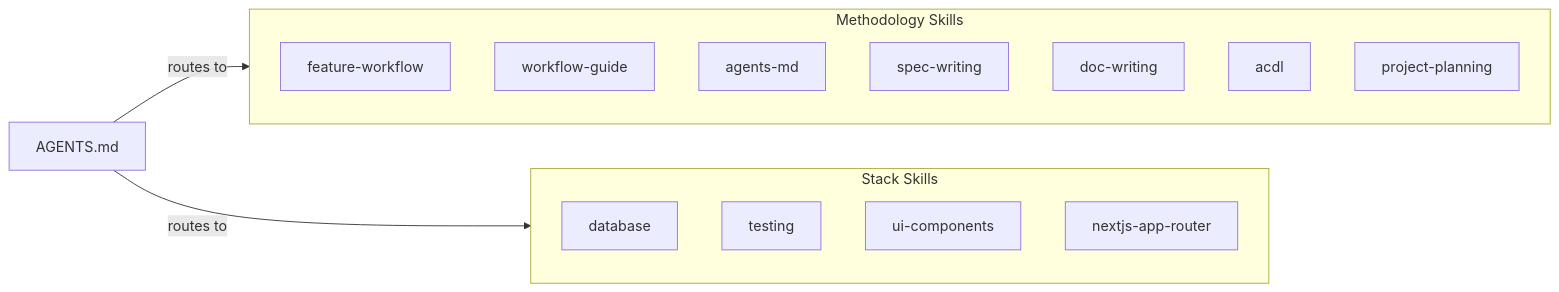
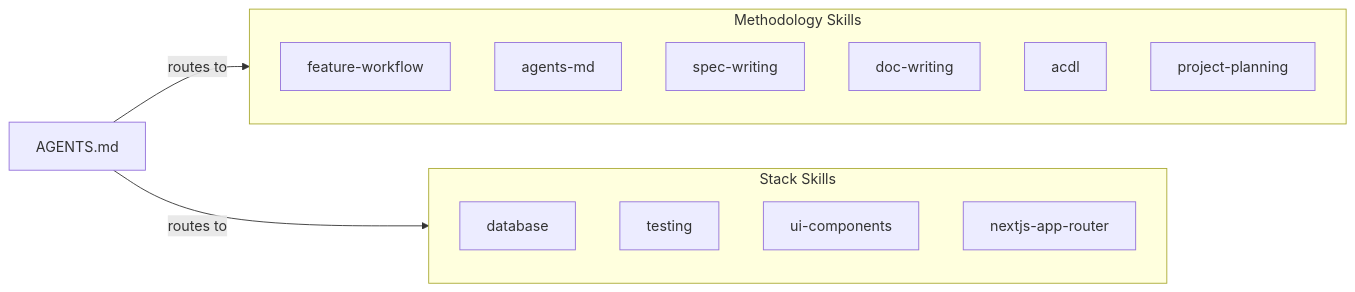
Before and after one commit to SergiuSavva/ai-context-docs-lifecycle: the first of 2 diagrams in content/guides/skills-catalog.md, drawn with Mermaid. The commit also changed other lines of this file and 14 other files, not shown here.

First line of the commit message:
Merge workflow-guide skill into feature-workflow

````diff
--- a/content/guides/skills-catalog.md
+++ b/content/guides/skills-catalog.md
@@ -9,22 +9,21 @@
 ```mermaid
 flowchart LR
     subgraph methodology [Methodology Skills]
         FW["feature-workflow"]
-        WG["workflow-guide"]
         AM["agents-md"]
         SW["spec-writing"]
         DW["doc-writing"]
         AC["acdl"]
         PP["project-planning"]
     end
 
     subgraph stack [Stack Skills]
         DB["database"]
         TS["testing"]
         UI["ui-components"]
         NX["nextjs-app-router"]
     end
 
     AGENTS["AGENTS.md"] -->|"routes to"| methodology
     AGENTS -->|"routes to"| stack
 ```
````
